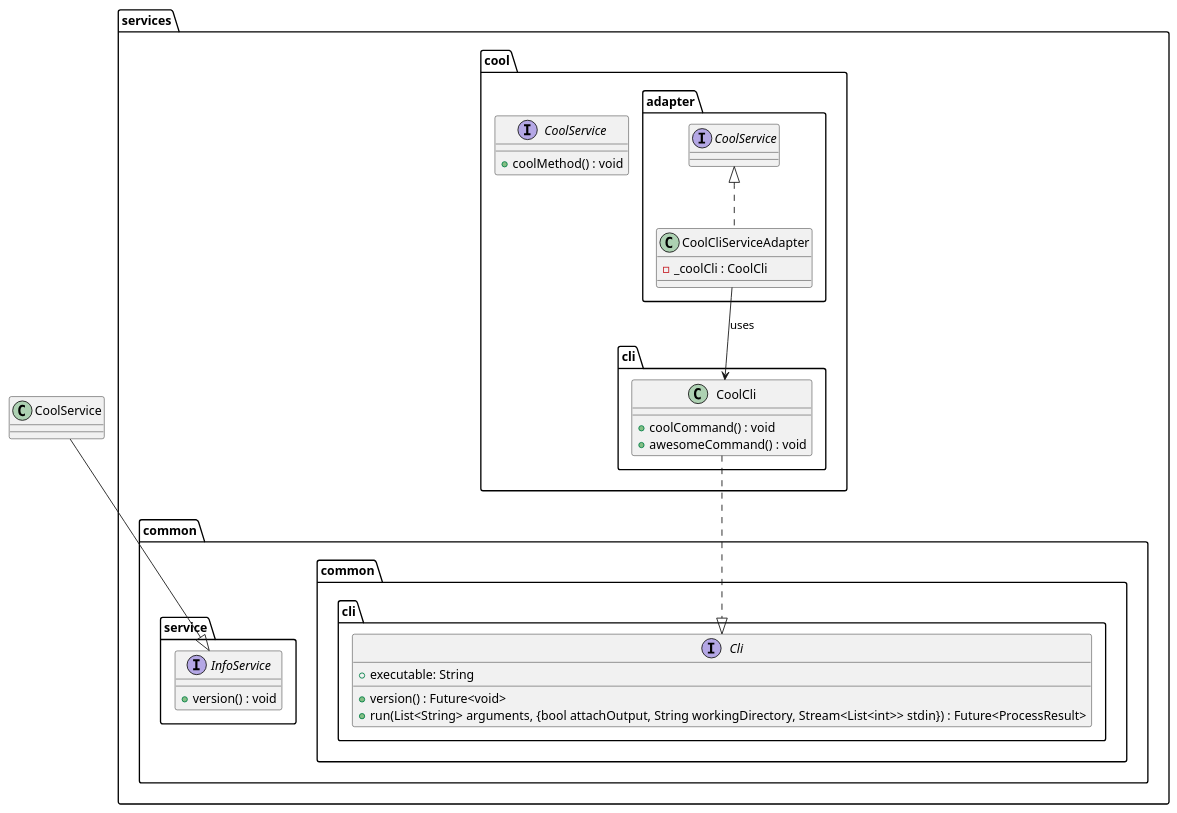
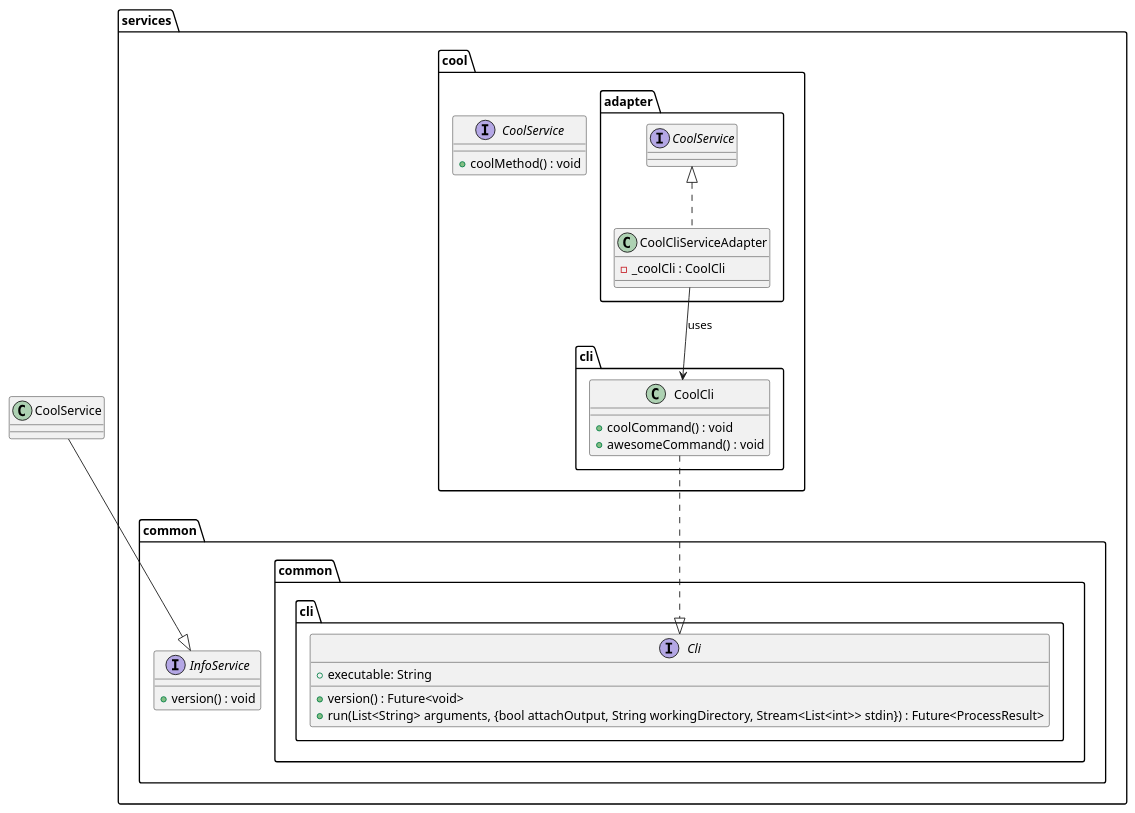
The diagram in metrics/cli/docs/diagrams/cli_interfaces_class_diagram.puml (Flank/flank-dashboard), drawn with PlantUML before and after one commit. The commit also changed 9 other files, not shown here.

Commit message:
Move info_serive form service packag

```diff
--- a/metrics/cli/docs/diagrams/cli_interfaces_class_diagram.puml
+++ b/metrics/cli/docs/diagrams/cli_interfaces_class_diagram.puml
@@ -1,45 +1,43 @@
 @startuml cli_interfaces_class_diagram
 
 package services {
     package cool as services.cool {
         interface CoolService{
             + coolMethod() : void
         }
 
         package adapter {
             class CoolCliServiceAdapter implements CoolService {
                 - _coolCli : CoolCli
             }
        }
 
         package cli {
             class CoolCli {
                 + coolCommand() : void
                 + awesomeCommand() : void
             }
         }
     }
 
     package common {
         package cli as common.cli {
             interface Cli {
                 + executable: String
                 + version() : Future<void>
                 + run(List<String> arguments, {bool attachOutput, String workingDirectory, Stream<List<int>> stdin}) : Future<ProcessResult>
             }
         }
 
-        package service {
-            interface InfoService {
-                + version() : void
-            }
+        interface InfoService {
+            + version() : void
         }
     }
 }
 
 CoolCliServiceAdapter -down-> CoolCli : uses
 
 CoolService --|> InfoService
 CoolCli ..|> Cli
 
 @enduml
```
